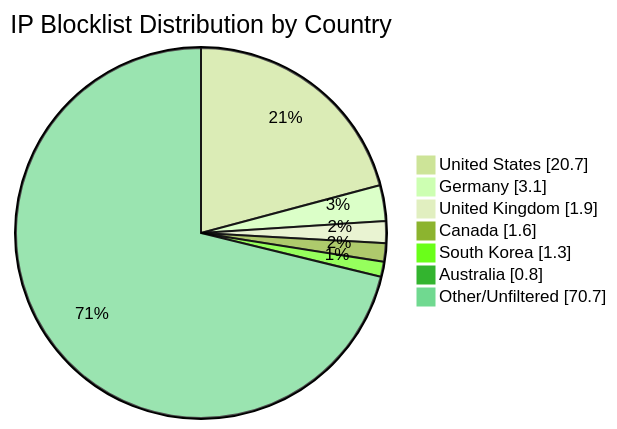
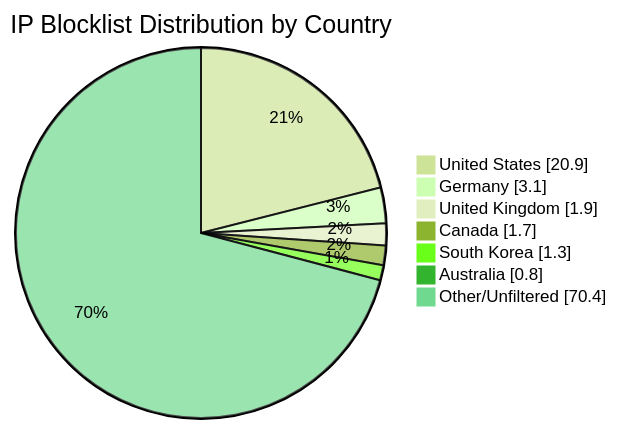
Before and after one commit to MarcusHoltz/ipblocklist-geofiltered-aggregator: the diagram in README.md, drawn with Mermaid (forest theme). The commit also changed other lines of this file and 9 other files, not shown here.

````diff
--- a/README.md
+++ b/README.md
@@ -34,10 +34,10 @@
 ```mermaid
 pie showData title IP Blocklist Distribution by Country
-"United States" : 20.7
+"United States" : 20.9
 "Germany" : 3.1
 "United Kingdom" : 1.9
-"Canada" : 1.6
+"Canada" : 1.7
 "South Korea" : 1.3
 "Australia" : 0.8
-"Other/Unfiltered" : 70.7
+"Other/Unfiltered" : 70.4
 ```
````
